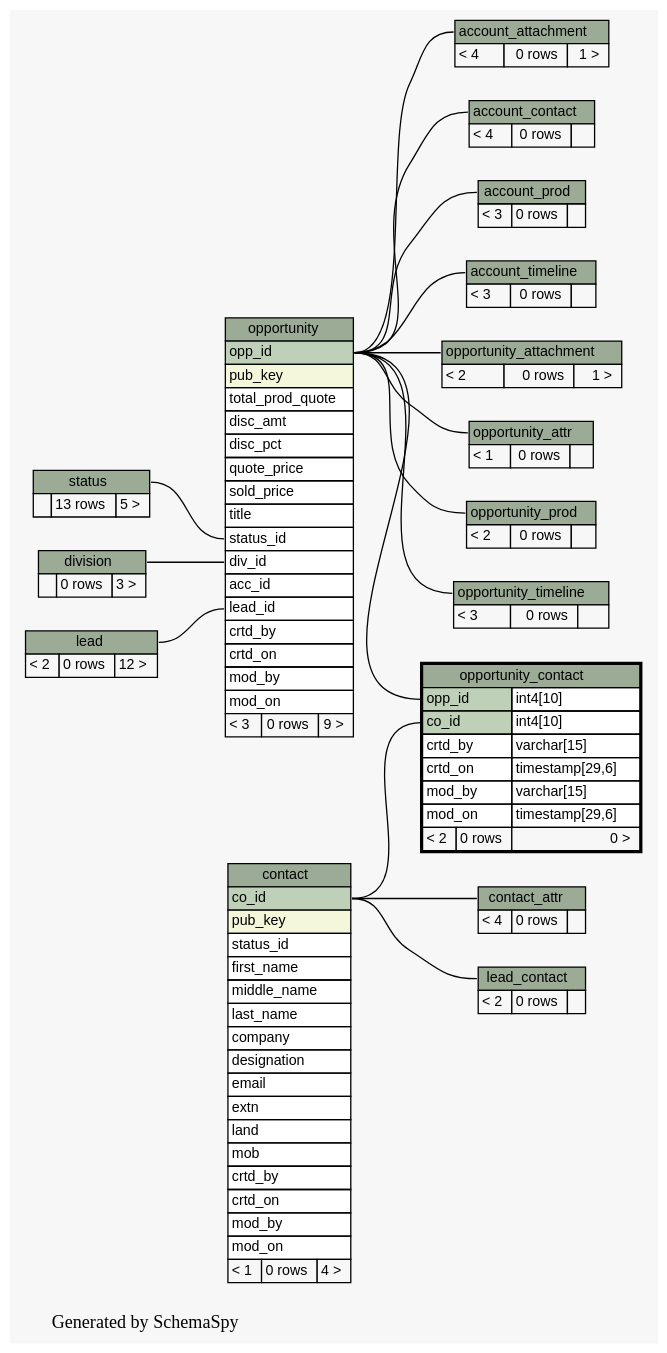
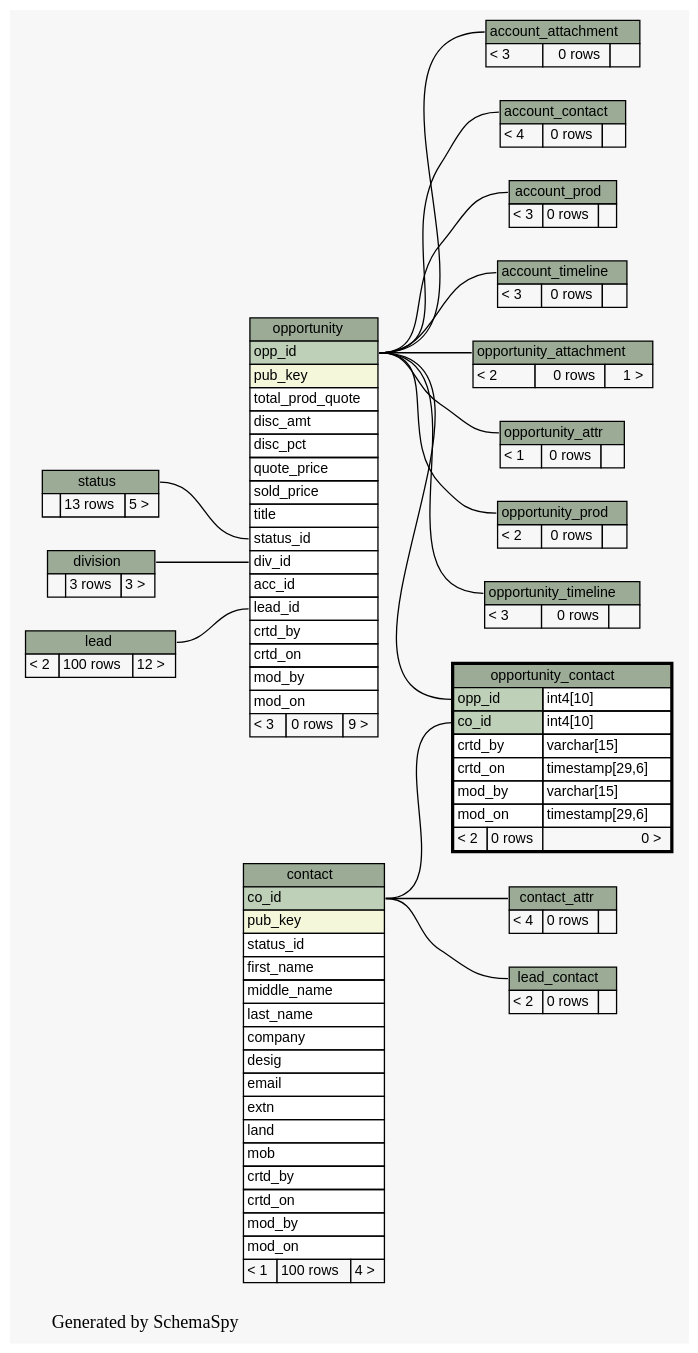
Before and after one commit to engineerscraft/salesforce: the diagram in docs/database/schemaspy/graphs/opportunity_contact.2degrees.dot, drawn with Graphviz. The commit also changed 180 other files, not shown here.

```diff
--- a/docs/database/schemaspy/graphs/opportunity_contact.2degrees.dot
+++ b/docs/database/schemaspy/graphs/opportunity_contact.2degrees.dot
@@ -33,7 +33,7 @@
     label=<
     <TABLE BORDER="0" CELLBORDER="1" CELLSPACING="0" BGCOLOR="#ffffff">
       <TR><TD PORT="account_attachment.heading" COLSPAN="3" BGCOLOR="#9bab96" ALIGN="CENTER">account_attachment</TD></TR>
-      <TR><TD ALIGN="LEFT" BGCOLOR="#f7f7f7">&lt; 4</TD><TD ALIGN="RIGHT" BGCOLOR="#f7f7f7">0 rows</TD><TD ALIGN="RIGHT" BGCOLOR="#f7f7f7">1 &gt;</TD></TR>
+      <TR><TD ALIGN="LEFT" BGCOLOR="#f7f7f7">&lt; 3</TD><TD ALIGN="RIGHT" BGCOLOR="#f7f7f7">0 rows</TD><TD ALIGN="RIGHT" BGCOLOR="#f7f7f7">  </TD></TR>
     </TABLE>>
     URL="account_attachment.html#graph"
     tooltip="account_attachment"
@@ -76,7 +76,7 @@
       <TR><TD PORT="middle_name" COLSPAN="3" ALIGN="LEFT">middle_name</TD></TR>
       <TR><TD PORT="last_name" COLSPAN="3" ALIGN="LEFT">last_name</TD></TR>
       <TR><TD PORT="company" COLSPAN="3" ALIGN="LEFT">company</TD></TR>
-      <TR><TD PORT="designation" COLSPAN="3" ALIGN="LEFT">designation</TD></TR>
+      <TR><TD PORT="desig" COLSPAN="3" ALIGN="LEFT">desig</TD></TR>
       <TR><TD PORT="email" COLSPAN="3" ALIGN="LEFT">email</TD></TR>
       <TR><TD PORT="extn" COLSPAN="3" ALIGN="LEFT">extn</TD></TR>
       <TR><TD PORT="land" COLSPAN="3" ALIGN="LEFT">land</TD></TR>
@@ -85,7 +85,7 @@
       <TR><TD PORT="crtd_on" COLSPAN="3" ALIGN="LEFT">crtd_on</TD></TR>
       <TR><TD PORT="mod_by" COLSPAN="3" ALIGN="LEFT">mod_by</TD></TR>
       <TR><TD PORT="mod_on" COLSPAN="3" ALIGN="LEFT">mod_on</TD></TR>
-      <TR><TD ALIGN="LEFT" BGCOLOR="#f7f7f7">&lt; 1</TD><TD ALIGN="RIGHT" BGCOLOR="#f7f7f7">0 rows</TD><TD ALIGN="RIGHT" BGCOLOR="#f7f7f7">4 &gt;</TD></TR>
+      <TR><TD ALIGN="LEFT" BGCOLOR="#f7f7f7">&lt; 1</TD><TD ALIGN="RIGHT" BGCOLOR="#f7f7f7">100 rows</TD><TD ALIGN="RIGHT" BGCOLOR="#f7f7f7">4 &gt;</TD></TR>
     </TABLE>>
     URL="contact.html#graph"
     tooltip="contact"
@@ -103,7 +103,7 @@
     label=<
     <TABLE BORDER="0" CELLBORDER="1" CELLSPACING="0" BGCOLOR="#ffffff">
       <TR><TD PORT="division.heading" COLSPAN="3" BGCOLOR="#9bab96" ALIGN="CENTER">division</TD></TR>
-      <TR><TD ALIGN="LEFT" BGCOLOR="#f7f7f7">  </TD><TD ALIGN="RIGHT" BGCOLOR="#f7f7f7">0 rows</TD><TD ALIGN="RIGHT" BGCOLOR="#f7f7f7">3 &gt;</TD></TR>
+      <TR><TD ALIGN="LEFT" BGCOLOR="#f7f7f7">  </TD><TD ALIGN="RIGHT" BGCOLOR="#f7f7f7">3 rows</TD><TD ALIGN="RIGHT" BGCOLOR="#f7f7f7">3 &gt;</TD></TR>
     </TABLE>>
     URL="division.html#graph"
     tooltip="division"
@@ -112,7 +112,7 @@
     label=<
     <TABLE BORDER="0" CELLBORDER="1" CELLSPACING="0" BGCOLOR="#ffffff">
       <TR><TD PORT="lead.heading" COLSPAN="3" BGCOLOR="#9bab96" ALIGN="CENTER">lead</TD></TR>
-      <TR><TD ALIGN="LEFT" BGCOLOR="#f7f7f7">&lt; 2</TD><TD ALIGN="RIGHT" BGCOLOR="#f7f7f7">0 rows</TD><TD ALIGN="RIGHT" BGCOLOR="#f7f7f7">12 &gt;</TD></TR>
+      <TR><TD ALIGN="LEFT" BGCOLOR="#f7f7f7">&lt; 2</TD><TD ALIGN="RIGHT" BGCOLOR="#f7f7f7">100 rows</TD><TD ALIGN="RIGHT" BGCOLOR="#f7f7f7">12 &gt;</TD></TR>
     </TABLE>>
     URL="lead.html#graph"
     tooltip="lead"
```
